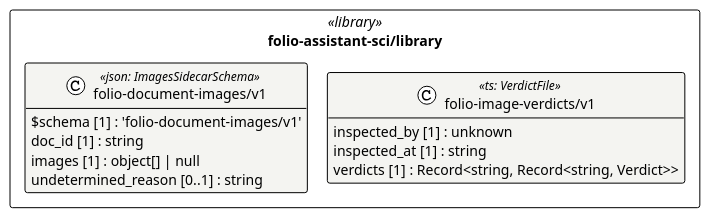
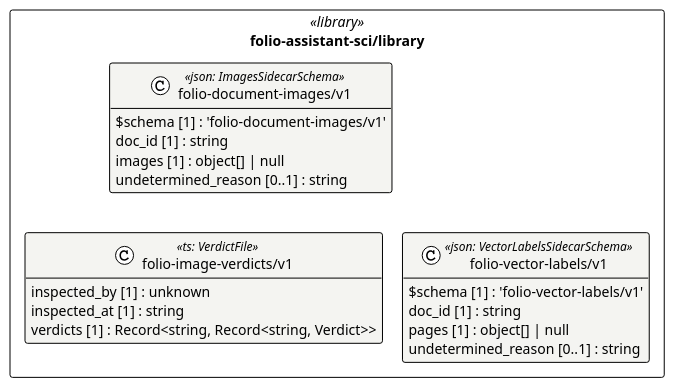
Before and after one commit to litlfred/folio-assistant: the diagram in cat-harness/uml/overview/folio-assistant-sci/library.puml, drawn with PlantUML. The commit also changed 346 other files, not shown here.

First line of the commit message:
Ingest three Lean-autoformalization papers into folio-assistant-sci

```diff
--- a/cat-harness/uml/overview/folio-assistant-sci/library.puml
+++ b/cat-harness/uml/overview/folio-assistant-sci/library.puml
@@ -3,23 +3,29 @@
 @startuml folio_assistant_sci_library
 !pragma layout elk
 !theme plain
 skinparam classAttributeIconSize 0
 skinparam shadowing false
 skinparam packageStyle rectangle
 hide empty methods
 
 package "folio-assistant-sci/library" as pkg_folio_assistant_sci_library <<library>> {
   class "folio-document-images/v1" as folio_assistant_sci_library_folio_document_images_v1_folio_document_images_v1 <<json: ImagesSidecarSchema>> #f4f4f1 {
     $schema [1] : 'folio-document-images/v1'
     doc_id [1] : string
     images [1] : object[] | null
     undetermined_reason [0..1] : string
   }
   class "folio-image-verdicts/v1" as folio_assistant_sci_library_folio_image_verdicts_v1 <<ts: VerdictFile>> #f4f4f1 {
     inspected_by [1] : unknown
     inspected_at [1] : string
     verdicts [1] : Record<string, Record<string, Verdict>>
   }
+  class "folio-vector-labels/v1" as folio_assistant_sci_library_folio_vector_labels_v1_folio_vector_labels_v1 <<json: VectorLabelsSidecarSchema>> #f4f4f1 {
+    $schema [1] : 'folio-vector-labels/v1'
+    doc_id [1] : string
+    pages [1] : object[] | null
+    undetermined_reason [0..1] : string
+  }
 }
 
 @enduml
```
